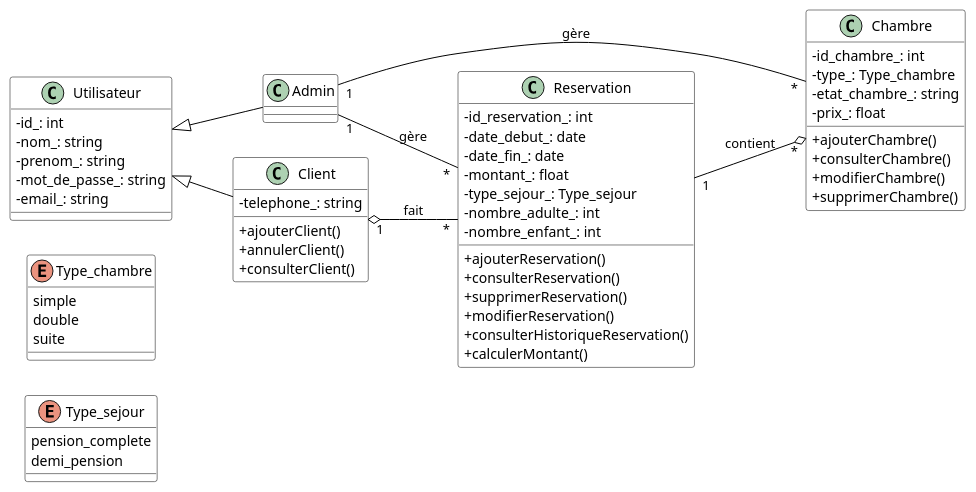
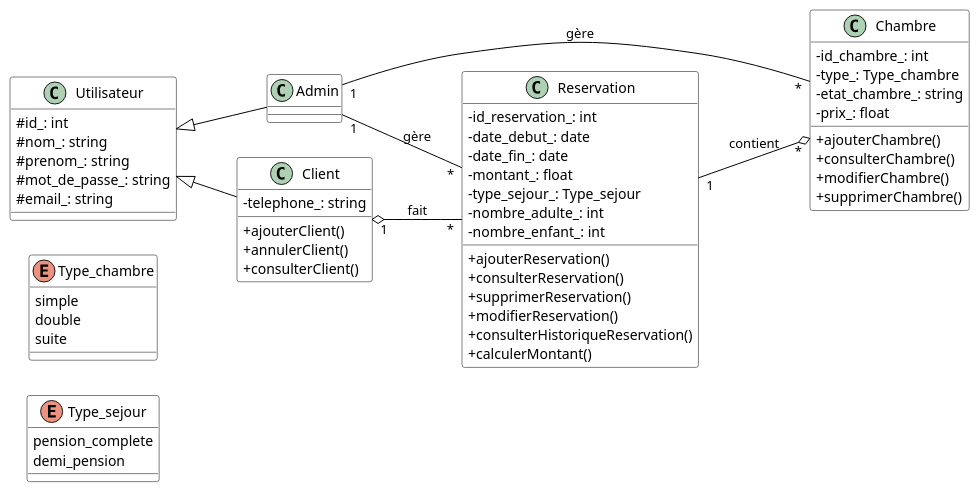
One commit to ilefmarouani/GithubAGL changed the diagram in Diagrammes/raf2_diag_classe.pu. Above: the diagram before and after it, drawn with PlantUML.

```diff
--- a/Diagrammes/raf2_diag_classe.pu
+++ b/Diagrammes/raf2_diag_classe.pu
@@ -1,90 +1,90 @@
 @startuml
 ' Mettre le diagramme en paysage
 left to right direction
 
 ' Personnalisation graphique
 skinparam classAttributeIconSize 0
 skinparam class {
     BackgroundColor White
     BorderColor Black
     ArrowColor Black
 }
 skinparam defaultTextAlignment center
 
 ' Énumération pour Type_sejour
 enum Type_sejour {
     pension_complete
     demi_pension
 }
 
 ' Énumération pour Type_chambre
 enum Type_chambre {
     simple
     double
     suite
 }
 
 
 
 ' Classe Utilisateur
 class Utilisateur {
-    -id_: int
-    -nom_: string
-    -prenom_: string
-    -mot_de_passe_: string
-    -email_: string
+    #id_: int
+    #nom_: string
+    #prenom_: string
+    #mot_de_passe_: string
+    #email_: string
 }
 
 ' Classe Admin
 class Admin {
 }
 
 ' Classe Client
 class Client {
     -telephone_: string
 +ajouterClient()
     +annulerClient()
     +consulterClient()
     
 }
 
 ' Classe Chambre
 class Chambre {
     -id_chambre_: int
     -type_: Type_chambre
     -etat_chambre_: string
     -prix_: float
 +ajouterChambre()
     +consulterChambre()
  +modifierChambre()
     +supprimerChambre()
 
     
 }
 
 ' Classe Reservation
 class Reservation {
     -id_reservation_: int
     -date_debut_: date
     -date_fin_: date
     -montant_: float
     -type_sejour_: Type_sejour
     -nombre_adulte_: int
     -nombre_enfant_: int
 +ajouterReservation()
     +consulterReservation()
     +supprimerReservation()
  +modifierReservation()
  +consulterHistoriqueReservation()
     +calculerMontant()
 
     
 }
 
 Utilisateur <|-- Admin
 Utilisateur <|-- Client
 Client "1" o-- "*" Reservation : fait
 Reservation "1" --o "*" Chambre : contient
 Admin "1" -- "*" Chambre : gère
 Admin "1" -- "*" Reservation : gère
 @enduml
```
